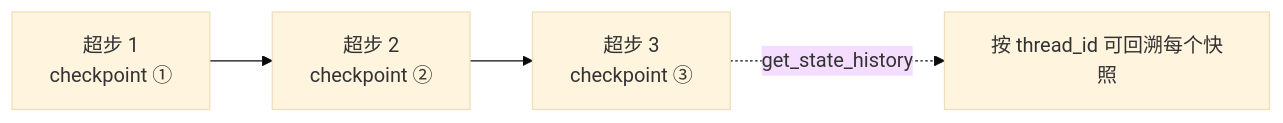
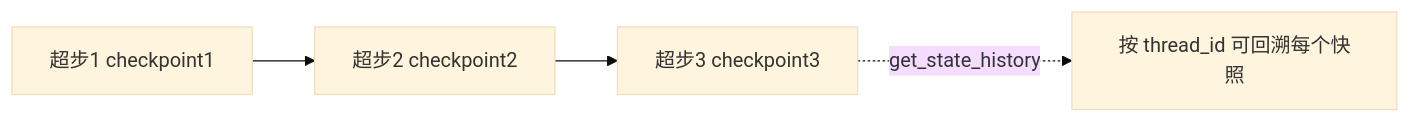
The fifth of 5 diagrams in 01-state-graph/README.md (wanghesong2019/langgraph-in-action), drawn with Mermaid (base theme) before and after one commit. The commit also changed other lines of this file and 1 other file, not shown here.

Commit message:
fix: mermaid 兼容掘金（flowchart→graph、去掉 ~~~/<br/>/圈号）

````diff
--- a/01-state-graph/README.md
+++ b/01-state-graph/README.md
@@ -192,5 +191,5 @@
 ```mermaid
-flowchart LR
-    S1[超步 1<br/>checkpoint ①] --> S2[超步 2<br/>checkpoint ②] --> S3[超步 3<br/>checkpoint ③]
+graph LR
+    S1[超步1 checkpoint1] --> S2[超步2 checkpoint2] --> S3[超步3 checkpoint3]
     S3 -.->|get_state_history| H[按 thread_id 可回溯每个快照]
 ```
````
